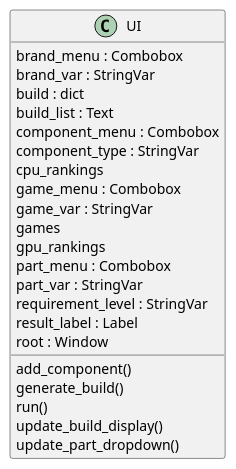
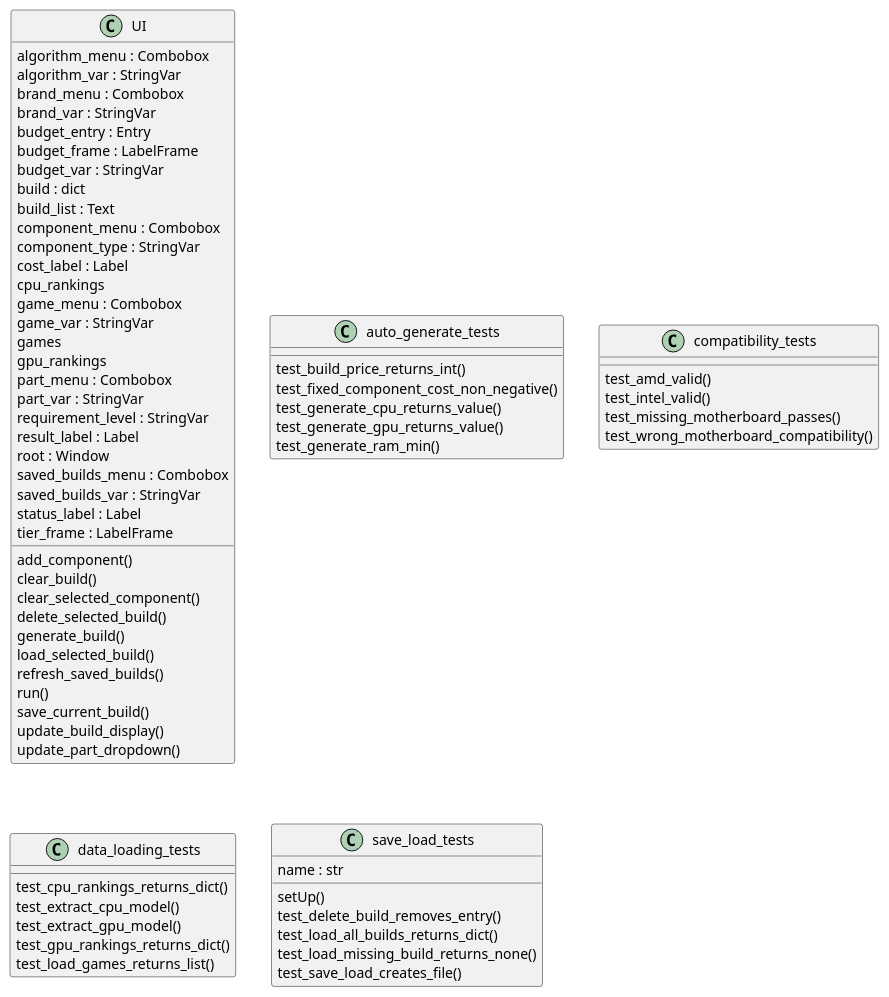
The diagram in classes.puml (FatPotato1/CIS-350-PC-Builder), drawn with PlantUML before and after one commit. The commit also changed 8 other files, not shown here.

```diff
--- a/classes.puml
+++ b/classes.puml
@@ -1,26 +1,70 @@
 @startuml classes
 set namespaceSeparator none
 class "UI" as ui.UI {
+  algorithm_menu : Combobox
+  algorithm_var : StringVar
   brand_menu : Combobox
   brand_var : StringVar
+  budget_entry : Entry
+  budget_frame : LabelFrame
+  budget_var : StringVar
   build : dict
   build_list : Text
   component_menu : Combobox
   component_type : StringVar
+  cost_label : Label
   cpu_rankings
   game_menu : Combobox
   game_var : StringVar
   games
   gpu_rankings
   part_menu : Combobox
   part_var : StringVar
   requirement_level : StringVar
   result_label : Label
   root : Window
+  saved_builds_menu : Combobox
+  saved_builds_var : StringVar
+  status_label : Label
+  tier_frame : LabelFrame
   add_component()
+  clear_build()
+  clear_selected_component()
+  delete_selected_build()
   generate_build()
+  load_selected_build()
+  refresh_saved_builds()
   run()
+  save_current_build()
   update_build_display()
   update_part_dropdown()
 }
+class "auto_generate_tests" as testing.auto_generate_tests {
+  test_build_price_returns_int()
+  test_fixed_component_cost_non_negative()
+  test_generate_cpu_returns_value()
+  test_generate_gpu_returns_value()
+  test_generate_ram_min()
+}
+class "compatibility_tests" as testing.compatibility_tests {
+  test_amd_valid()
+  test_intel_valid()
+  test_missing_motherboard_passes()
+  test_wrong_motherboard_compatibility()
+}
+class "data_loading_tests" as testing.data_loading_tests {
+  test_cpu_rankings_returns_dict()
+  test_extract_cpu_model()
+  test_extract_gpu_model()
+  test_gpu_rankings_returns_dict()
+  test_load_games_returns_list()
+}
+class "save_load_tests" as testing.save_load_tests {
+  name : str
+  setUp()
+  test_delete_build_removes_entry()
+  test_load_all_builds_returns_dict()
+  test_load_missing_build_returns_none()
+  test_save_load_creates_file()
+}
 @enduml
```
